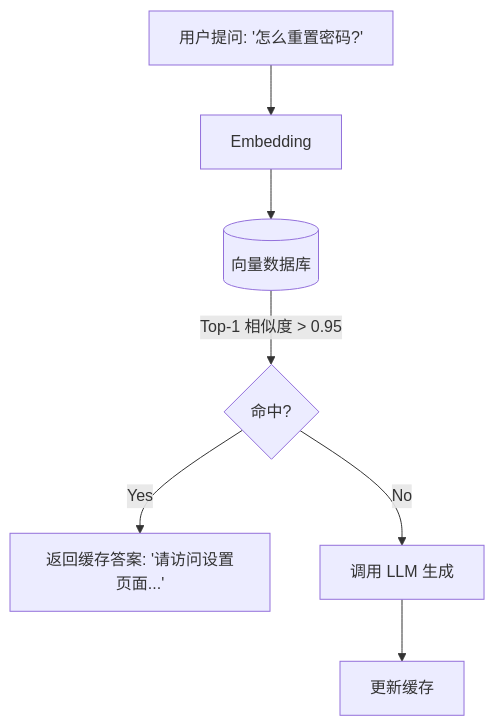
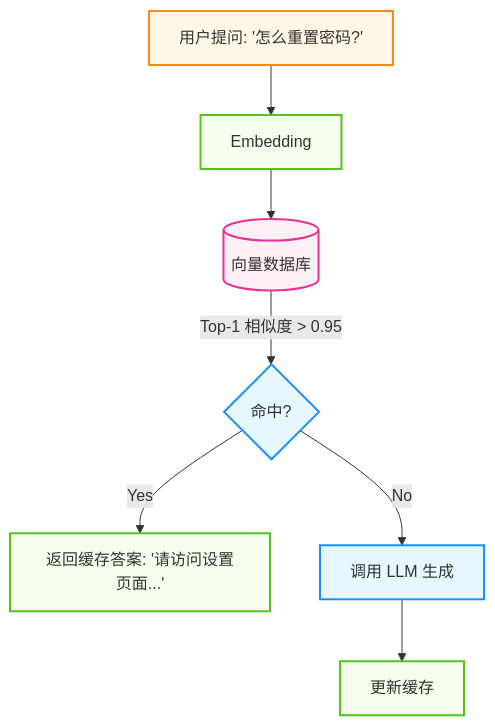
One commit to yeasy/agentic_ai_guide changed the second of 3 diagrams in 09_agentops/9.3_optimization.md. Above: the diagram before and after it, drawn with Mermaid. The commit also changed other lines of this file and 36 other files, not shown here.

````diff
--- a/09_agentops/9.3_optimization.md
+++ b/09_agentops/9.3_optimization.md
@@ -83,9 +93,22 @@
 ```mermaid
 graph TD
+    %% Agentic Design System
+    classDef user fill:#fff7e6,stroke:#fa8c16,stroke-width:2px;
+    classDef agent fill:#e6f7ff,stroke:#1890ff,stroke-width:2px;
+    classDef tool fill:#f6ffed,stroke:#52c41a,stroke-width:2px;
+    classDef memory fill:#fff0f6,stroke:#eb2f96,stroke-width:2px;
+
     Query["用户提问: '怎么重置密码?'"] --> Embed[Embedding]
     Embed --> VectorDB[(向量数据库)]
     VectorDB -->|Top-1 相似度 > 0.95| Hit{命中?}
     Hit -->|Yes| Cache["返回缓存答案: '请访问设置页面...'"]
     Hit -->|No| LLM[调用 LLM 生成]
     LLM --> CacheUpdate[更新缓存]
+    
+    class Query user;
+    class Embed tool;
+    class VectorDB memory;
+    class Hit agent;
+    class Cache,CacheUpdate tool;
+    class LLM agent;
 ```
````
